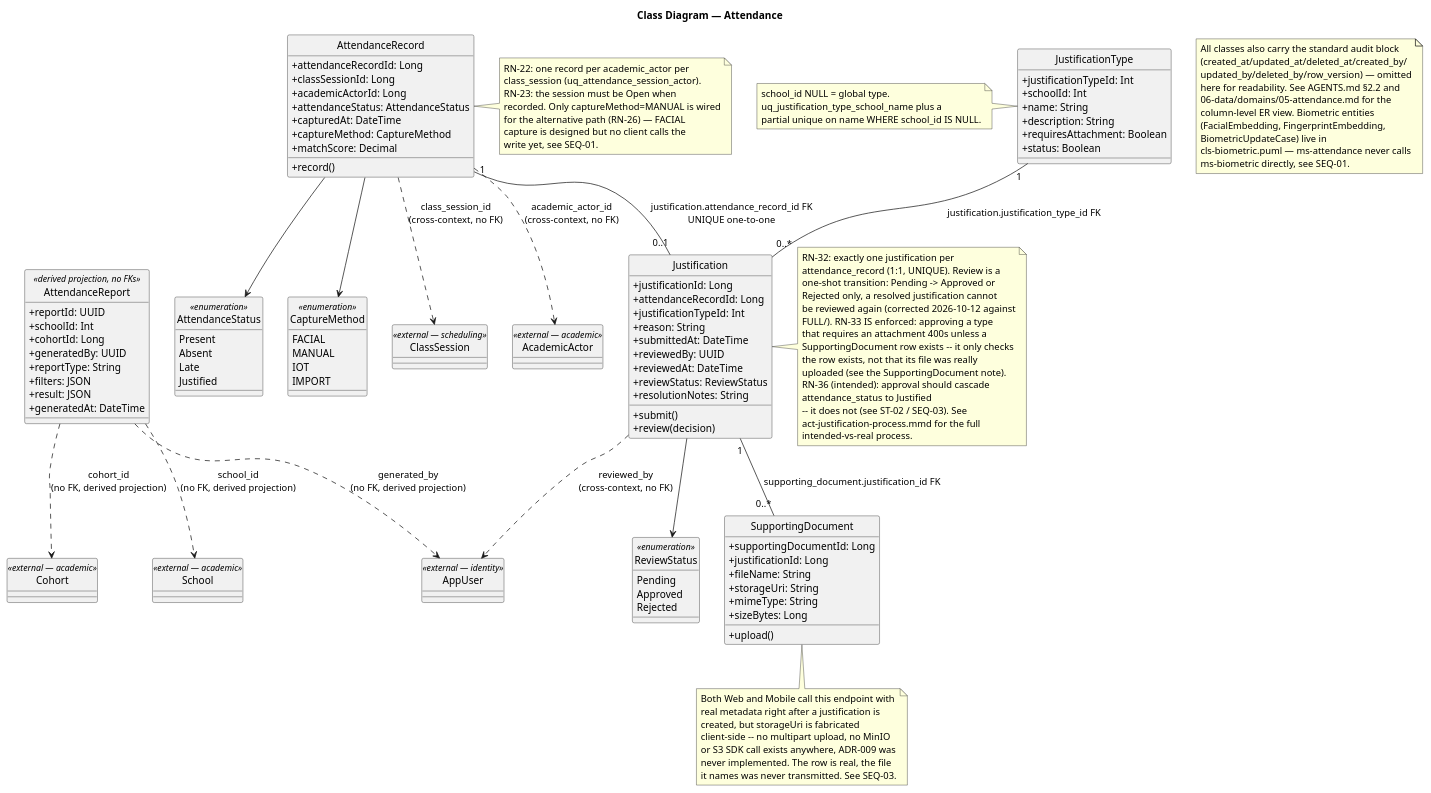
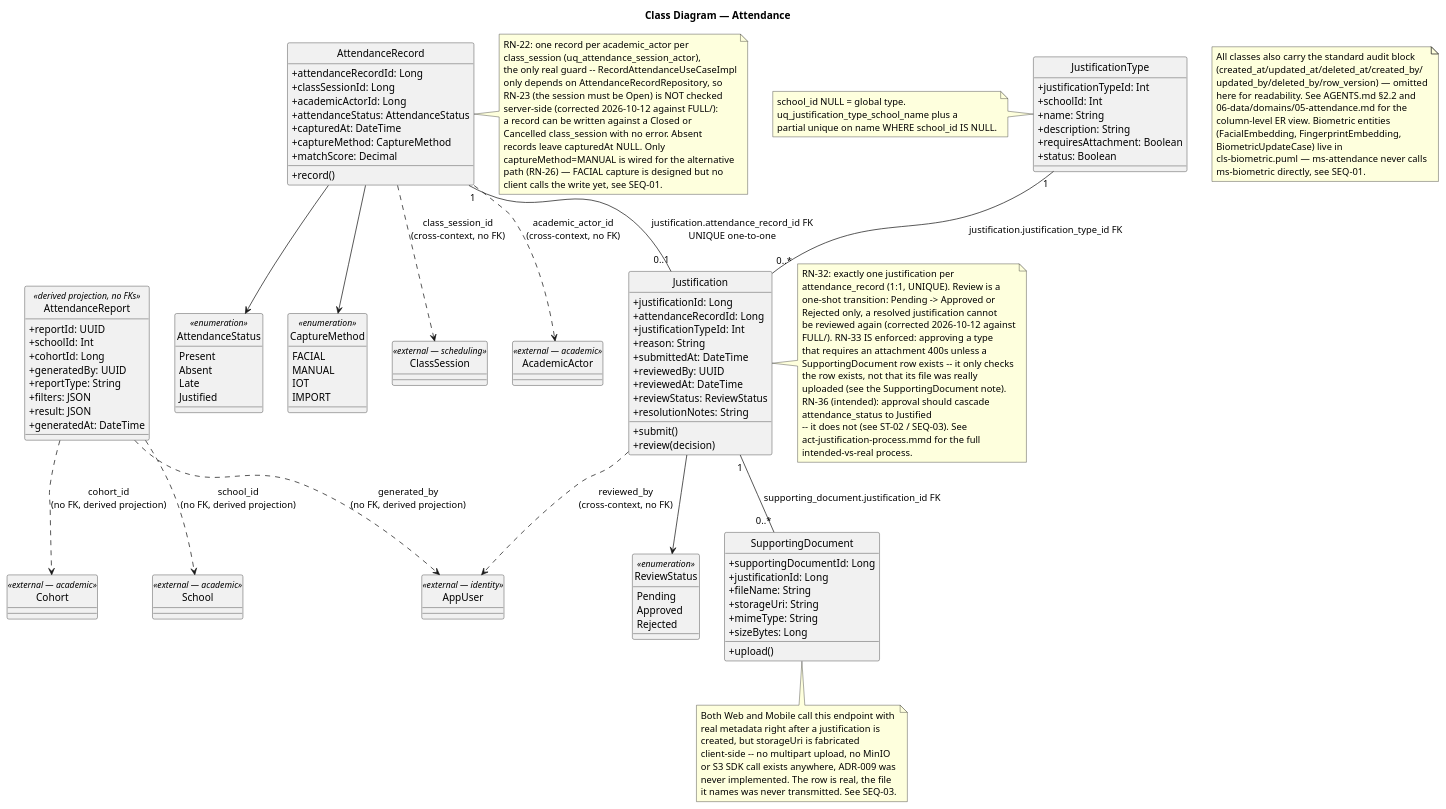
One commit to code-sena/fae-docs changed the diagram in 08-uml/diagrams/source/cls-attendance.puml. Above: the diagram before and after it, drawn with PlantUML. The commit also changed 1 other file, not shown here.

Commit message:
fix(uml): correct RN-23 enforcement claim, session-open is never checked

```diff
--- a/08-uml/diagrams/source/cls-attendance.puml
+++ b/08-uml/diagrams/source/cls-attendance.puml
@@ -1,164 +1,169 @@
 @startuml cls-attendance
 title Class Diagram — Attendance
 
 skinparam classAttributeIconSize 0
 hide circle
 
 class ClassSession <<external — scheduling>> {
 }
 class AcademicActor <<external — academic>> {
 }
 class School <<external — academic>> {
 }
 class Cohort <<external — academic>> {
 }
 class AppUser <<external — identity>> {
 }
 
 enum AttendanceStatus <<enumeration>> {
   Present
   Absent
   Late
   Justified
 }
 
 enum CaptureMethod <<enumeration>> {
   FACIAL
   MANUAL
   IOT
   IMPORT
 }
 
 enum ReviewStatus <<enumeration>> {
   Pending
   Approved
   Rejected
 }
 
 class AttendanceRecord {
   +attendanceRecordId: Long
   +classSessionId: Long
   +academicActorId: Long
   +attendanceStatus: AttendanceStatus
   +capturedAt: DateTime
   +captureMethod: CaptureMethod
   +matchScore: Decimal
   +record()
 }
 
 class JustificationType {
   +justificationTypeId: Int
   +schoolId: Int
   +name: String
   +description: String
   +requiresAttachment: Boolean
   +status: Boolean
 }
 
 class Justification {
   +justificationId: Long
   +attendanceRecordId: Long
   +justificationTypeId: Int
   +reason: String
   +submittedAt: DateTime
   +reviewedBy: UUID
   +reviewedAt: DateTime
   +reviewStatus: ReviewStatus
   +resolutionNotes: String
   +submit()
   +review(decision)
 }
 
 class SupportingDocument {
   +supportingDocumentId: Long
   +justificationId: Long
   +fileName: String
   +storageUri: String
   +mimeType: String
   +sizeBytes: Long
   +upload()
 }
 
 class AttendanceReport <<derived projection, no FKs>> {
   +reportId: UUID
   +schoolId: Int
   +cohortId: Long
   +generatedBy: UUID
   +reportType: String
   +filters: JSON
   +result: JSON
   +generatedAt: DateTime
 }
 
 AttendanceRecord "1" -- "0..1" Justification : justification.attendance_record_id FK\nUNIQUE one-to-one
 JustificationType "1" -- "0..*" Justification : justification.justification_type_id FK
 Justification "1" -- "0..*" SupportingDocument : supporting_document.justification_id FK
 AttendanceRecord --> AttendanceStatus
 AttendanceRecord --> CaptureMethod
 Justification --> ReviewStatus
 
 AttendanceRecord ..> ClassSession : class_session_id\n(cross-context, no FK)
 AttendanceRecord ..> AcademicActor : academic_actor_id\n(cross-context, no FK)
 Justification ..> AppUser : reviewed_by\n(cross-context, no FK)
 AttendanceReport ..> School : school_id\n(no FK, derived projection)
 AttendanceReport ..> Cohort : cohort_id\n(no FK, derived projection)
 AttendanceReport ..> AppUser : generated_by\n(no FK, derived projection)
 
 note right of AttendanceRecord
   RN-22: one record per academic_actor per
-  class_session (uq_attendance_session_actor).
-  RN-23: the session must be Open when
-  recorded. Only captureMethod=MANUAL is wired
-  for the alternative path (RN-26) — FACIAL
-  capture is designed but no client calls the
-  write yet, see SEQ-01.
+  class_session (uq_attendance_session_actor),
+  the only real guard -- RecordAttendanceUseCaseImpl
+  only depends on AttendanceRecordRepository, so
+  RN-23 (the session must be Open) is NOT checked
+  server-side (corrected 2026-10-12 against FULL/):
+  a record can be written against a Closed or
+  Cancelled class_session with no error. Absent
+  records leave capturedAt NULL. Only
+  captureMethod=MANUAL is wired for the alternative
+  path (RN-26) — FACIAL capture is designed but no
+  client calls the write yet, see SEQ-01.
 end note
 
 note left of JustificationType
   school_id NULL = global type.
   uq_justification_type_school_name plus a
   partial unique on name WHERE school_id IS NULL.
 end note
 
 note right of Justification
   RN-32: exactly one justification per
   attendance_record (1:1, UNIQUE). Review is a
   one-shot transition: Pending -> Approved or
   Rejected only, a resolved justification cannot
   be reviewed again (corrected 2026-10-12 against
   FULL/). RN-33 IS enforced: approving a type
   that requires an attachment 400s unless a
   SupportingDocument row exists -- it only checks
   the row exists, not that its file was really
   uploaded (see the SupportingDocument note).
   RN-36 (intended): approval should cascade
   attendance_status to Justified
   -- it does not (see ST-02 / SEQ-03). See
   act-justification-process.mmd for the full
   intended-vs-real process.
 end note
 
 note bottom of SupportingDocument
   Both Web and Mobile call this endpoint with
   real metadata right after a justification is
   created, but storageUri is fabricated
   client-side -- no multipart upload, no MinIO
   or S3 SDK call exists anywhere, ADR-009 was
   never implemented. The row is real, the file
   it names was never transmitted. See SEQ-03.
 end note
 
 note as N1
   All classes also carry the standard audit block
   (created_at/updated_at/deleted_at/created_by/
   updated_by/deleted_by/row_version) — omitted
   here for readability. See AGENTS.md §2.2 and
   06-data/domains/05-attendance.md for the
   column-level ER view. Biometric entities
   (FacialEmbedding, FingerprintEmbedding,
   BiometricUpdateCase) live in
   cls-biometric.puml — ms-attendance never calls
   ms-biometric directly, see SEQ-01.
 end note
 
 @enduml
```
